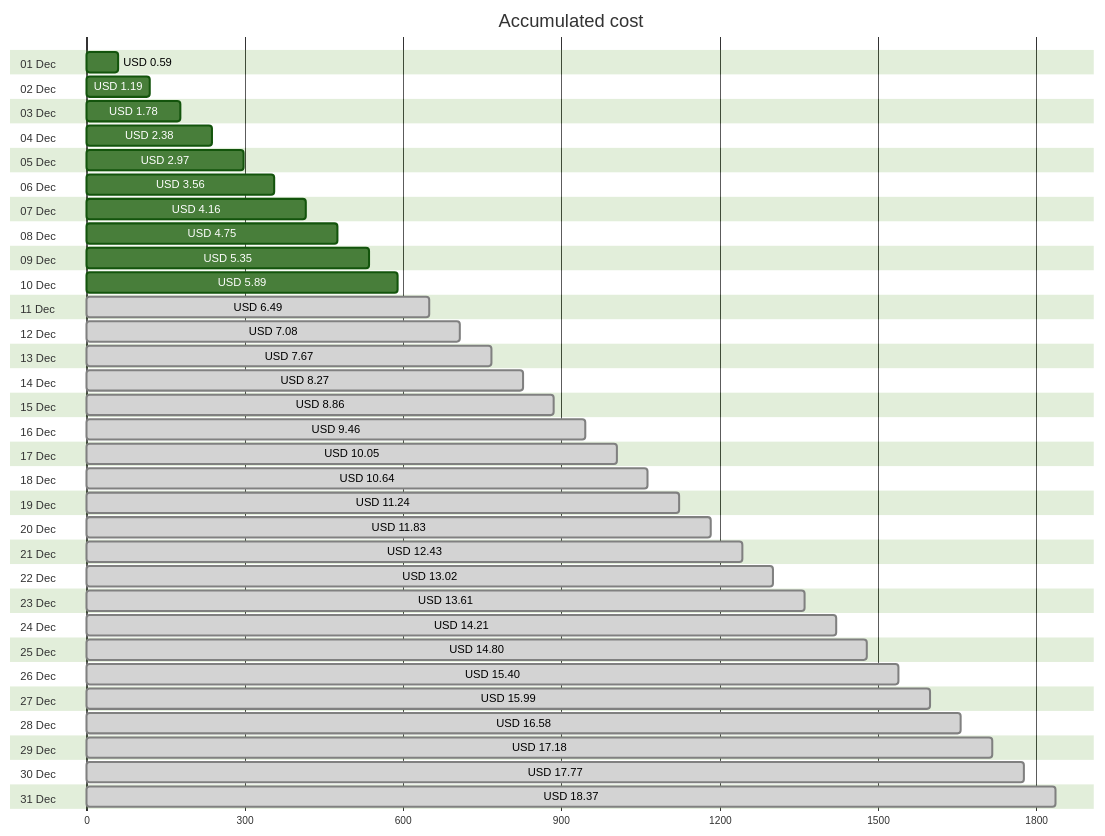
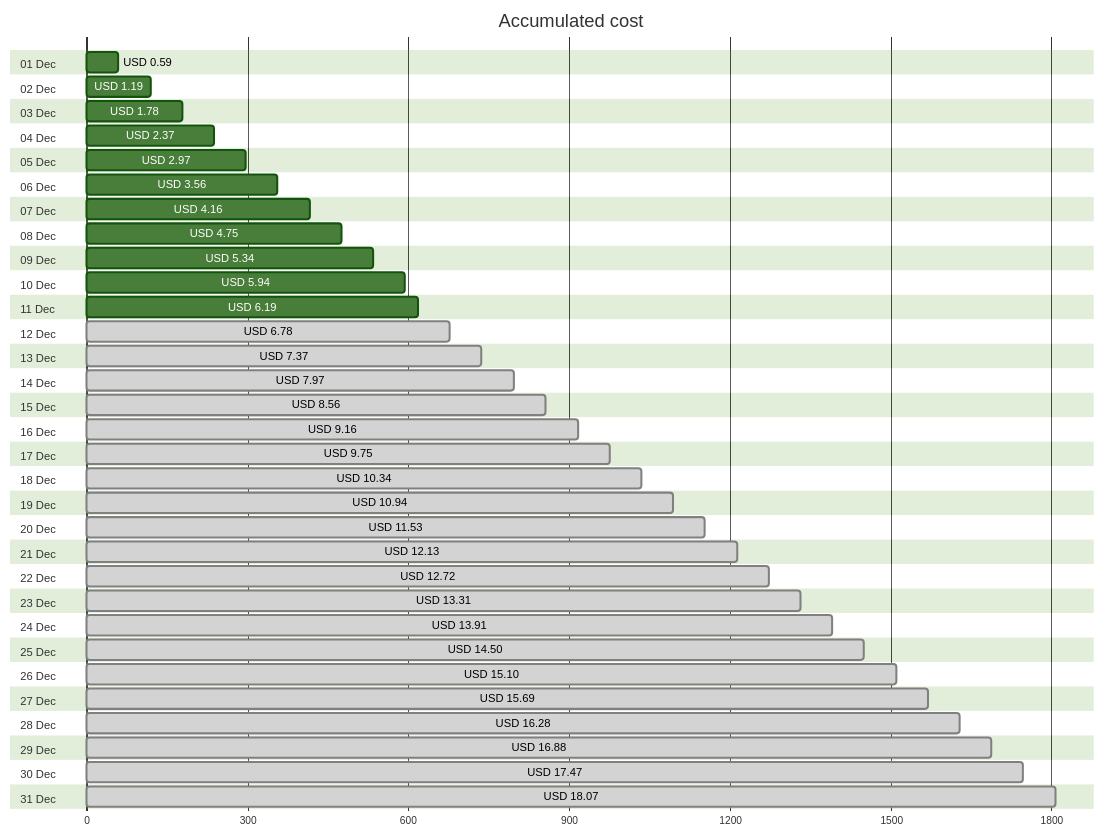
Before and after one commit to jpfulton/azure-personal-reports: the first of 4 diagrams in cost-reports/personal-site/README.md, drawn with Mermaid (forest theme). The commit also changed other lines of this file and 6 other files, not shown here.

````diff
--- a/cost-reports/personal-site/README.md
+++ b/cost-reports/personal-site/README.md
@@ -20,68 +20,68 @@
 ```mermaid
 gantt
    title Accumulated cost
    dateFormat  X
    axisFormat %s
    section 01 Dec
    USD 0.59 :0, 59
    section 02 Dec
    USD 1.19 :0, 119
    section 03 Dec
    USD 1.78 :0, 178
    section 04 Dec
-   USD 2.38 :0, 238
+   USD 2.37 :0, 237
    section 05 Dec
    USD 2.97 :0, 297
    section 06 Dec
    USD 3.56 :0, 356
    section 07 Dec
    USD 4.16 :0, 416
    section 08 Dec
    USD 4.75 :0, 475
    section 09 Dec
-   USD 5.35 :0, 535
+   USD 5.34 :0, 534
    section 10 Dec
-   USD 5.89 :0, 589
+   USD 5.94 :0, 594
    section 11 Dec
-   USD 6.49 : done, 0, 649
+   USD 6.19 :0, 619
    section 12 Dec
-   USD 7.08 : done, 0, 708
+   USD 6.78 : done, 0, 678
    section 13 Dec
-   USD 7.67 : done, 0, 767
+   USD 7.37 : done, 0, 737
    section 14 Dec
-   USD 8.27 : done, 0, 827
+   USD 7.97 : done, 0, 797
    section 15 Dec
-   USD 8.86 : done, 0, 886
+   USD 8.56 : done, 0, 856
    section 16 Dec
-   USD 9.46 : done, 0, 946
+   USD 9.16 : done, 0, 916
    section 17 Dec
-   USD 10.05 : done, 0, 1005
+   USD 9.75 : done, 0, 975
    section 18 Dec
-   USD 10.64 : done, 0, 1064
+   USD 10.34 : done, 0, 1034
    section 19 Dec
-   USD 11.24 : done, 0, 1124
+   USD 10.94 : done, 0, 1094
    section 20 Dec
-   USD 11.83 : done, 0, 1183
+   USD 11.53 : done, 0, 1153
    section 21 Dec
-   USD 12.43 : done, 0, 1243
+   USD 12.13 : done, 0, 1213
    section 22 Dec
-   USD 13.02 : done, 0, 1302
+   USD 12.72 : done, 0, 1272
    section 23 Dec
-   USD 13.61 : done, 0, 1361
+   USD 13.31 : done, 0, 1331
    section 24 Dec
-   USD 14.21 : done, 0, 1421
+   USD 13.91 : done, 0, 1391
    section 25 Dec
-   USD 14.80 : done, 0, 1480
+   USD 14.50 : done, 0, 1450
    section 26 Dec
-   USD 15.40 : done, 0, 1540
+   USD 15.10 : done, 0, 1510
    section 27 Dec
-   USD 15.99 : done, 0, 1599
+   USD 15.69 : done, 0, 1569
    section 28 Dec
-   USD 16.58 : done, 0, 1658
+   USD 16.28 : done, 0, 1628
    section 29 Dec
-   USD 17.18 : done, 0, 1718
+   USD 16.88 : done, 0, 1688
    section 30 Dec
-   USD 17.77 : done, 0, 1777
+   USD 17.47 : done, 0, 1747
    section 31 Dec
-   USD 18.37 : done, 0, 1837
+   USD 18.07 : done, 0, 1807
 ```
````
